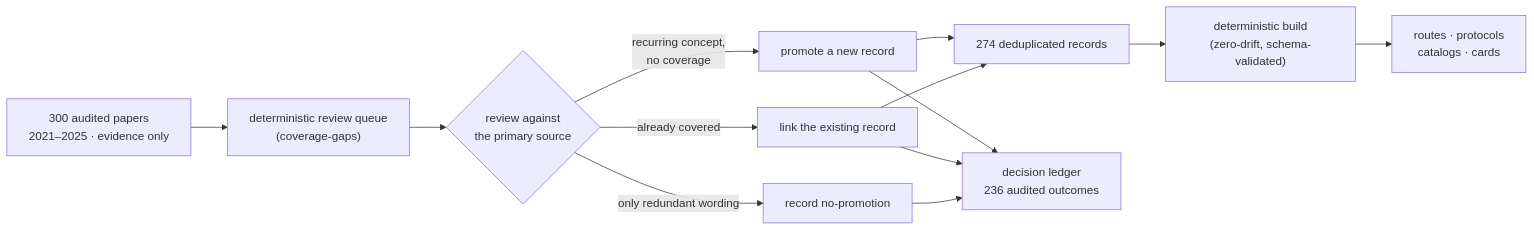
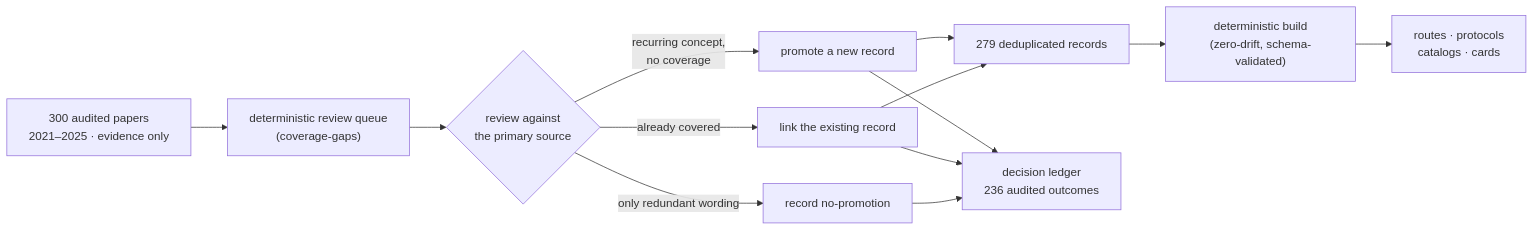
Before and after one commit to asimfish/super_library: the second of 2 diagrams in README.md, drawn with Mermaid. The commit also changed other lines of this file and 45 other files, not shown here.

````diff
--- a/README.md
+++ b/README.md
@@ -132,15 +132,15 @@
 ```mermaid
 flowchart LR
     P["300 audited papers<br/>2021–2025 · evidence only"] --> Q["deterministic review queue<br/>(coverage-gaps)"]
     Q --> R{"review against<br/>the primary source"}
     R -->|"recurring concept,<br/>no coverage"| PROM["promote a new record"]
     R -->|"already covered"| LNK["link the existing record"]
     R -->|"only redundant wording"| NOP["record no-promotion"]
-    PROM --> REC["274 deduplicated records"]
+    PROM --> REC["279 deduplicated records"]
     LNK --> REC
     PROM --> LED["decision ledger<br/>236 audited outcomes"]
     LNK --> LED
     NOP --> LED
     REC --> B["deterministic build<br/>(zero-drift, schema-validated)"]
     B --> A["routes · protocols<br/>catalogs · cards"]
 ```
````
